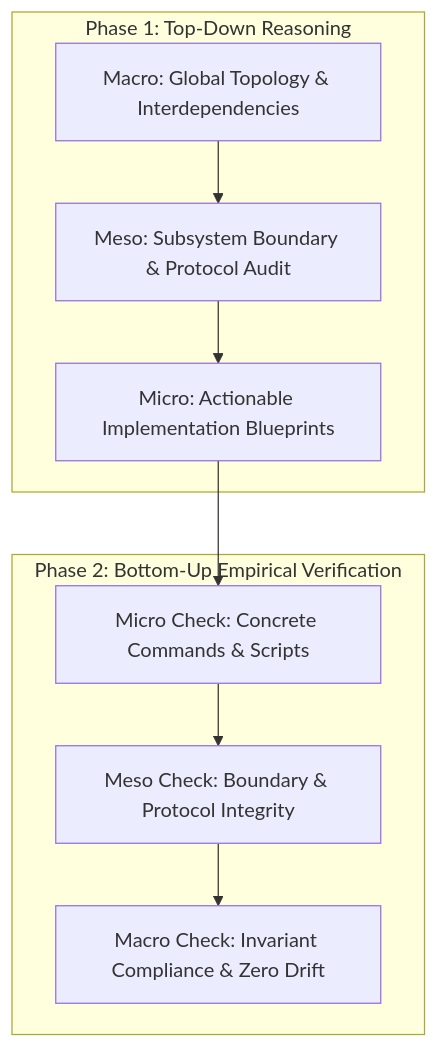
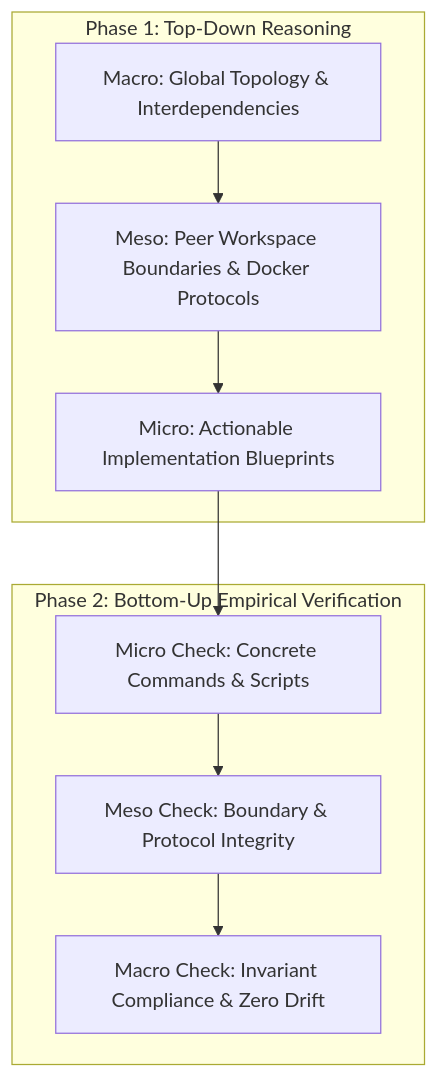
One commit to leela-spec/apexai-os-meta changed the first of 2 diagrams in apex-meta/orchestration/new_final_v4/CHATGPT_GITHUB_CONNECTOR_HANDOVER.md. Above: the diagram before and after it, drawn with Mermaid. The commit also changed other lines of this file, not shown here.

Commit message:
docs(orchestration): align handover with peer workspace parity and 2-tier cognitive model

````diff
--- a/apex-meta/orchestration/new_final_v4/CHATGPT_GITHUB_CONNECTOR_HANDOVER.md
+++ b/apex-meta/orchestration/new_final_v4/CHATGPT_GITHUB_CONNECTOR_HANDOVER.md
@@ -21,18 +21,18 @@
 ```mermaid
 flowchart TD
     subgraph Phase1 ["Phase 1: Top-Down Reasoning"]
         Macro["Macro: Global Topology & Interdependencies"]
-        Meso["Meso: Subsystem Boundary & Protocol Audit"]
+        Meso["Meso: Peer Workspace Boundaries & Docker Protocols"]
         Micro["Micro: Actionable Implementation Blueprints"]
         Macro --> Meso --> Micro
     end
     
     subgraph Phase2 ["Phase 2: Bottom-Up Empirical Verification"]
         VerifyMicro["Micro Check: Concrete Commands & Scripts"]
         VerifyMeso["Meso Check: Boundary & Protocol Integrity"]
         VerifyMacro["Macro Check: Invariant Compliance & Zero Drift"]
         VerifyMicro --> VerifyMeso --> VerifyMacro
     end
 
     Micro --> VerifyMicro
 ```
````
